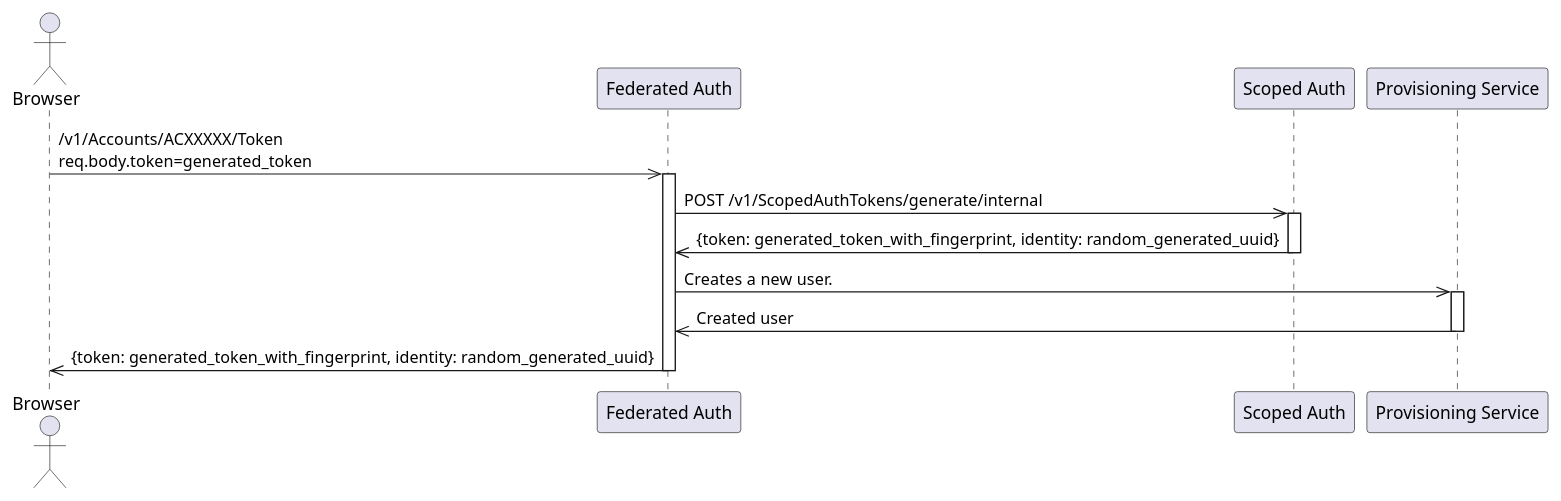
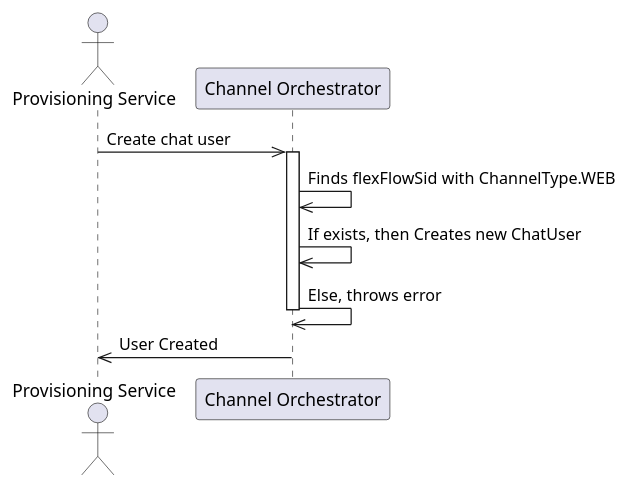
The diagram in ups_flow_existing.puml (twilio/twilio-webchat-react-app), drawn with PlantUML before and after one commit. The commit also changed 1 other file, not shown here.

Commit message:
UPS Flow updated

```diff
--- a/ups_flow_existing.puml
+++ b/ups_flow_existing.puml
@@ -1,24 +1,14 @@
 @startuml
 
-actor "Browser" as BRS
-participant "Federated Auth" as FAS
-participant "Scoped Auth" as SAS
-participant "Provisioning Service" as UPS
+actor "Provisioning Service" as UPS
+participant "Channel Orchestrator" as CO
 
-
-BRS ->> FAS: /v1/Accounts/ACXXXXX/Token \nreq.body.token=generated_token
-activate FAS
-FAS ->> SAS: POST /v1/ScopedAuthTokens/generate/internal
-activate SAS
-SAS ->> FAS: {token: generated_token_with_fingerprint, identity: random_generated_uuid}
-deactivate SAS
-
-FAS ->> UPS: Creates a new user.
-activate UPS
-UPS ->> FAS: Created user
-deactivate UPS
-FAS ->> BRS:  {token: generated_token_with_fingerprint, identity: random_generated_uuid}
-deactivate FAS
-
+UPS ->> CO: Create chat user
+activate CO
+CO ->> CO: Finds flexFlowSid with ChannelType.WEB
+CO ->> CO: If exists, then Creates new ChatUser
+CO ->> CO: Else, throws error
+deactivate CO
+CO ->> UPS: User Created
 
 @enduml
```
